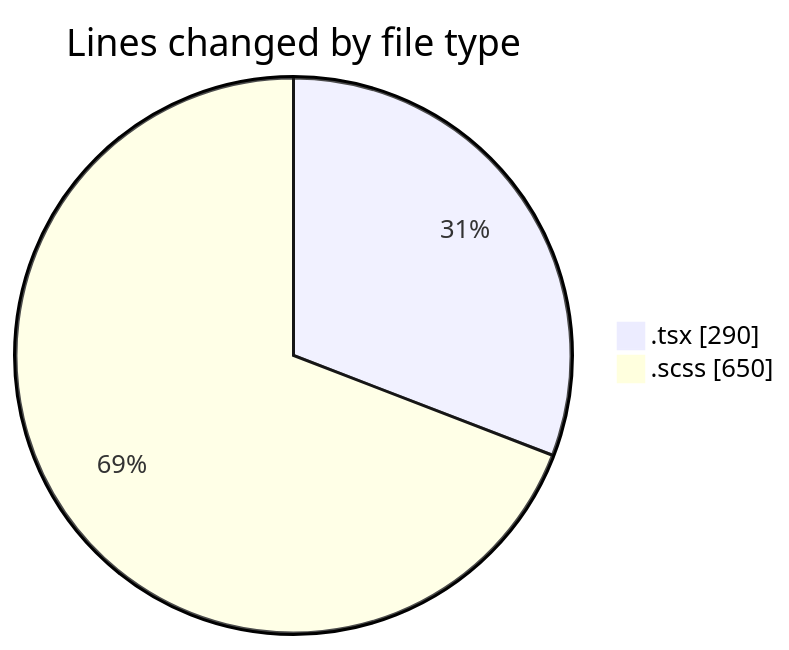
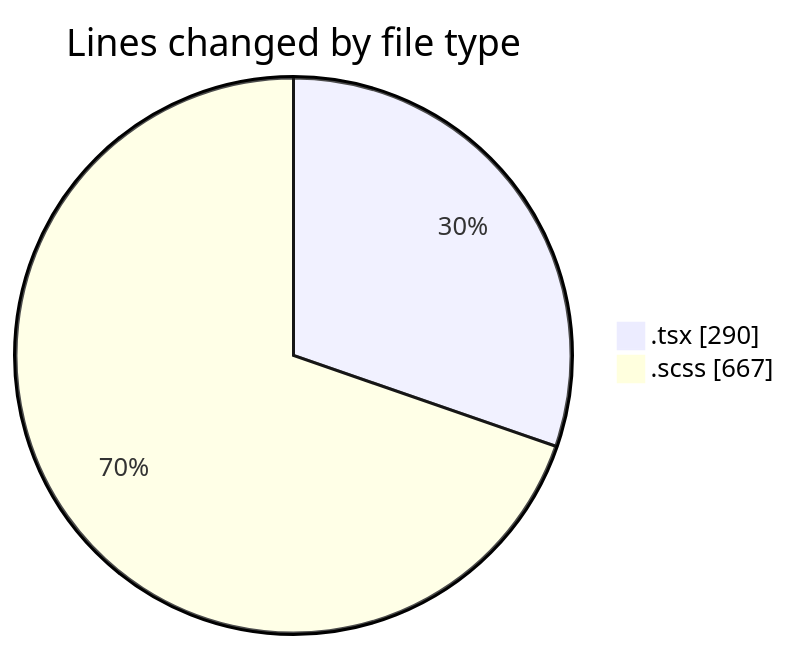
One commit to momahboobian/code-tracking changed the first of 2 diagrams in 2025-09-19/cda/README.md. Above: the diagram before and after it, drawn with Mermaid. The commit also changed other lines of this file and 1 other file, not shown here.

````diff
--- a/2025-09-19/cda/README.md
+++ b/2025-09-19/cda/README.md
@@ -21,6 +21,6 @@
 ```mermaid
 pie showData
 title Lines changed by file type
 ".tsx" : 290
-".scss" : 650
+".scss" : 667
 ```
````
